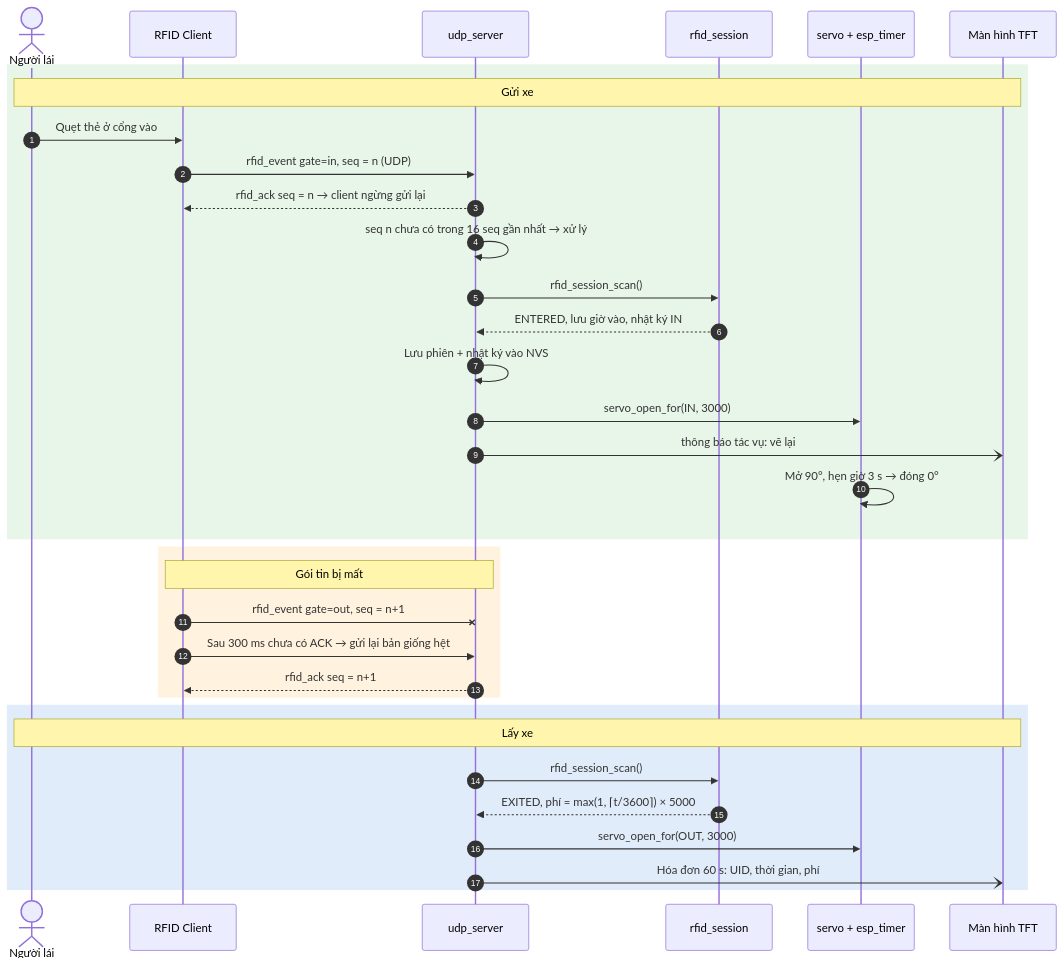
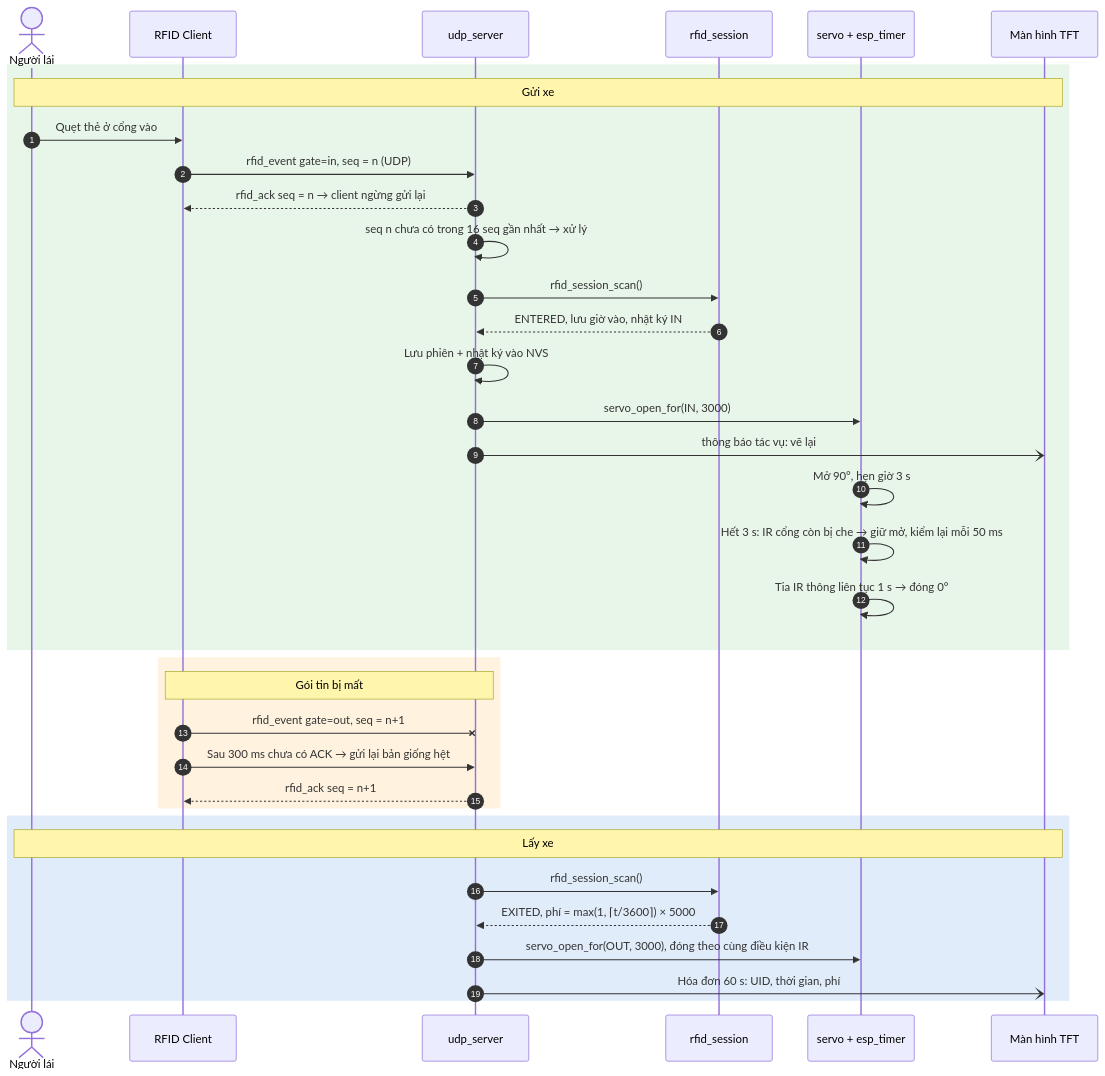
The diagram in report/diagrams/seq_rfid.mmd (thinhdinh25/INT3108_embedded-Smart-Parking-Project), drawn with Mermaid before and after one commit. The commit also changed 60 other files, not shown here.

```diff
--- a/report/diagrams/seq_rfid.mmd
+++ b/report/diagrams/seq_rfid.mmd
@@ -1,34 +1,36 @@
 sequenceDiagram
   autonumber
   actor U as Người lái
   participant C as RFID Client
   participant S as udp_server
   participant R as rfid_session
   participant B as servo + esp_timer
   participant L as Màn hình TFT
   rect rgb(232, 245, 233)
   Note over U,L: Gửi xe
   U->>C: Quẹt thẻ ở cổng vào
   C->>S: rfid_event gate=in, seq = n (UDP)
   S-->>C: rfid_ack seq = n → client ngừng gửi lại
   S->>S: seq n chưa có trong 16 seq gần nhất → xử lý
   S->>R: rfid_session_scan()
   R-->>S: ENTERED, lưu giờ vào, nhật ký IN
   S->>S: Lưu phiên + nhật ký vào NVS
   S->>B: servo_open_for(IN, 3000)
   S-)L: thông báo tác vụ: vẽ lại
-  B->>B: Mở 90°, hẹn giờ 3 s → đóng 0°
+  B->>B: Mở 90°, hẹn giờ 3 s
+  B->>B: Hết 3 s: IR cổng còn bị che → giữ mở, kiểm lại mỗi 50 ms
+  B->>B: Tia IR thông liên tục 1 s → đóng 0°
   end
   rect rgb(255, 243, 224)
   Note over C,S: Gói tin bị mất
   C-xS: rfid_event gate=out, seq = n+1
   C->>S: Sau 300 ms chưa có ACK → gửi lại bản giống hệt
   S-->>C: rfid_ack seq = n+1
   end
   rect rgb(225, 236, 250)
   Note over U,L: Lấy xe
   S->>R: rfid_session_scan()
   R-->>S: EXITED, phí = max(1, ⌈t/3600⌉) × 5000
-  S->>B: servo_open_for(OUT, 3000)
+  S->>B: servo_open_for(OUT, 3000), đóng theo cùng điều kiện IR
   S-)L: Hóa đơn 60 s: UID, thời gian, phí
   end
```
